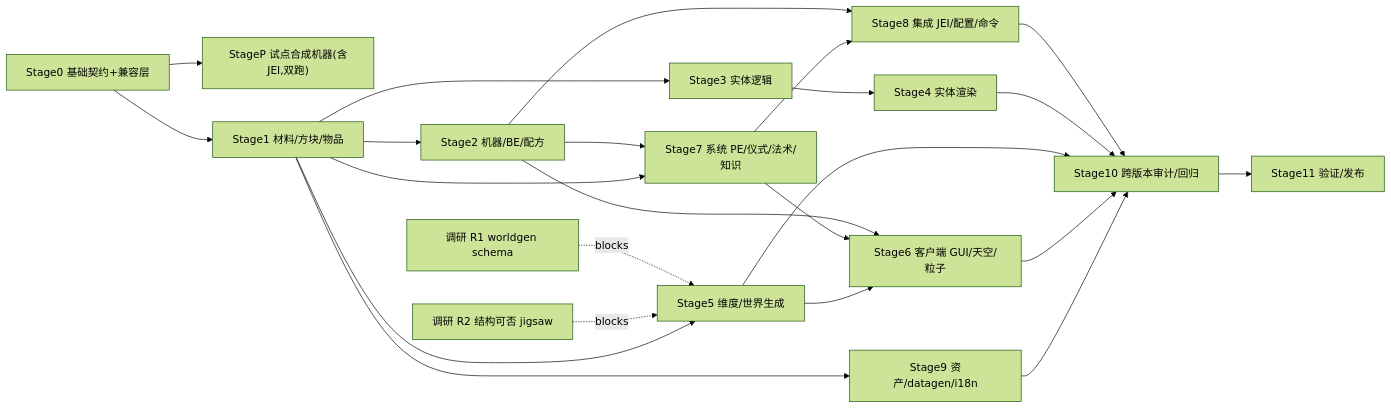
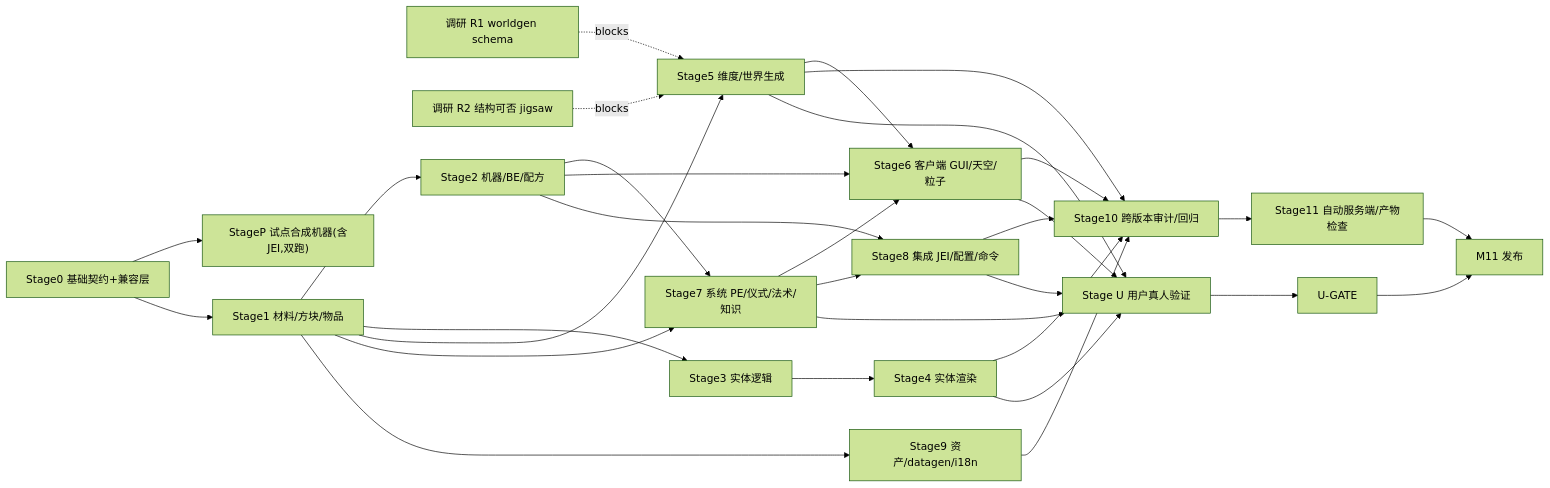
The diagram in docs/porting/01-porting-task-plan.md (DTFuel/AbyssalCraft-Reborn), drawn with Mermaid (forest theme) before and after one commit. The commit also changed other lines of this file and 1015 other files, not shown here.

````diff
--- a/docs/porting/01-porting-task-plan.md
+++ b/docs/porting/01-porting-task-plan.md
@@ -379,25 +387,33 @@
 ```mermaid
 flowchart LR
     R1["调研 R1 worldgen schema"] -.blocks.-> S5
     R2["调研 R2 结构可否 jigsaw"] -.blocks.-> S5
     S0["Stage0 基础契约+兼容层"] --> SP["StageP 试点合成机器(含JEI,双跑)"]
     S0 --> S1["Stage1 材料/方块/物品"]
     S1 --> S2["Stage2 机器/BE/配方"]
     S1 --> S3["Stage3 实体逻辑"]
     S1 --> S5["Stage5 维度/世界生成"]
     S3 --> S4["Stage4 实体渲染"]
     S2 --> S7["Stage7 系统 PE/仪式/法术/知识"]
     S1 --> S7
     S2 --> S6["Stage6 客户端 GUI/天空/粒子"]
     S7 --> S6
     S5 --> S6
     S2 --> S8["Stage8 集成 JEI/配置/命令"]
     S7 --> S8
     S1 --> S9["Stage9 资产/datagen/i18n"]
     S8 --> S10["Stage10 跨版本审计/回归"]
     S4 --> S10
     S5 --> S10
     S6 --> S10
     S9 --> S10
-    S10 --> S11["Stage11 验证/发布"]
+    S4 --> U["Stage U 用户真人验证"]
+    S5 --> U
+    S6 --> U
+    S7 --> U
+    S8 --> U
+    S10 --> S11A["Stage11 自动服务端/产物检查"]
+    U --> UG["U-GATE"]
+    S11A --> S11["M11 发布"]
+    UG --> S11
 ```
````
